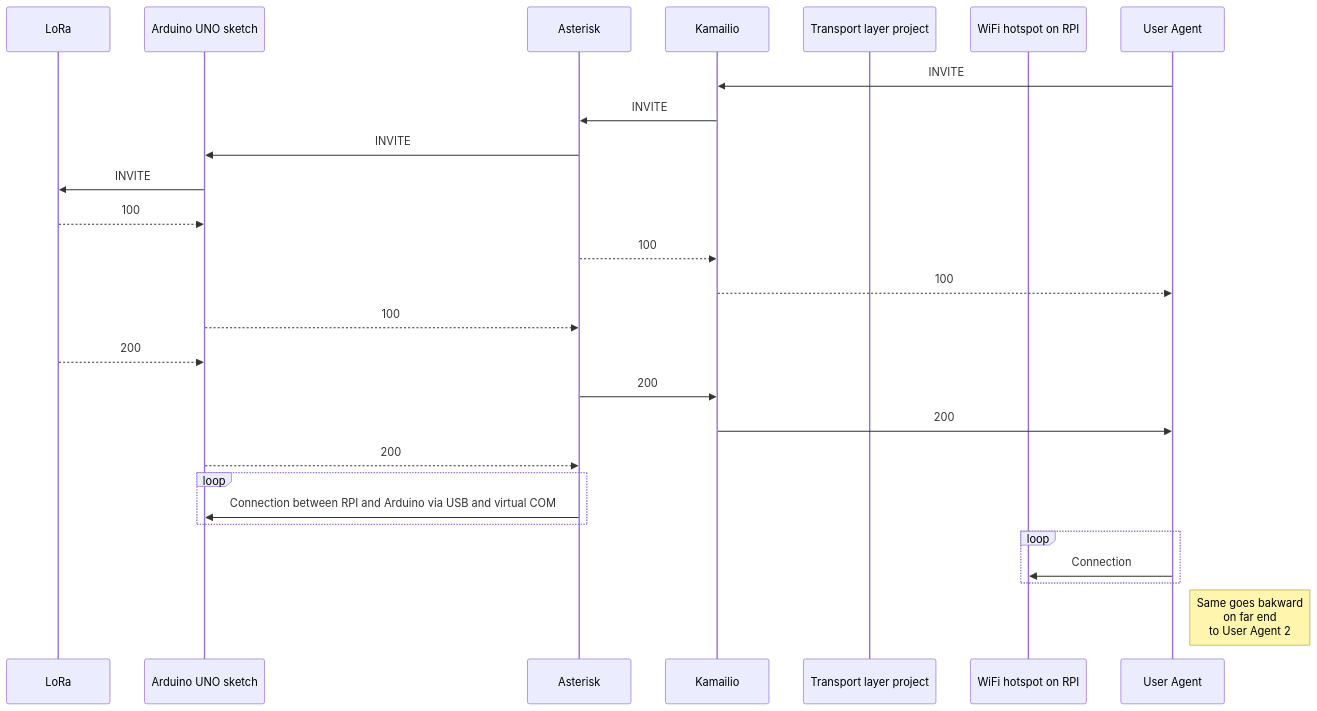
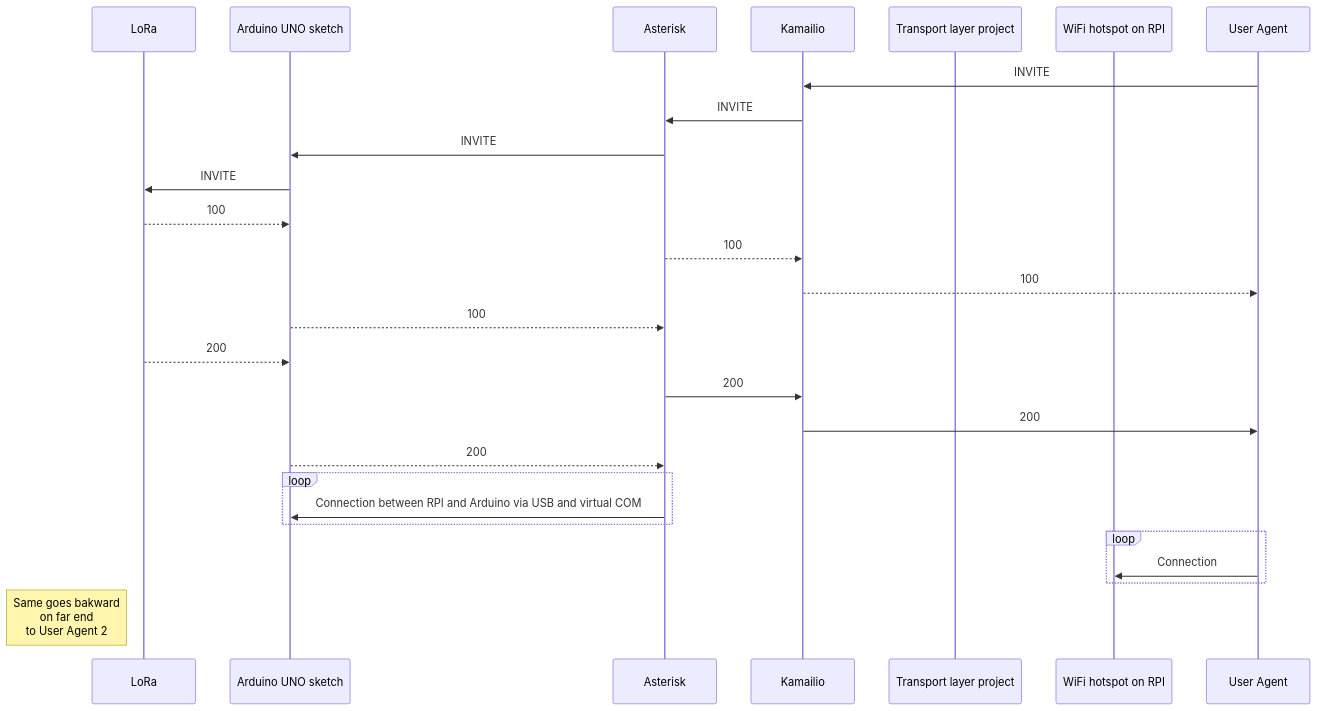
The second of 2 diagrams in README.md (akabihno/VoLoRa), drawn with Mermaid before and after one commit.

````diff
--- a/README.md
+++ b/README.md
@@ -51,35 +51,35 @@
 ```mermaid
 sequenceDiagram
     participant LoRa
     participant Arduino UNO sketch
     participant Asterisk
     participant Kamailio
     participant Transport layer project
     participant WiFi hotspot on RPI
     participant User Agent
     
     User Agent->>Kamailio: INVITE
     Kamailio->>Asterisk: INVITE
     Asterisk->>Arduino UNO sketch: INVITE
     Arduino UNO sketch->>LoRa: INVITE
     
     LoRa-->>Arduino UNO sketch: 100
     Asterisk-->>Kamailio: 100
     Kamailio-->>User Agent: 100
     Arduino UNO sketch-->>Asterisk: 100
     
     LoRa-->>Arduino UNO sketch: 200
     Asterisk->>Kamailio: 200
     Kamailio->>User Agent: 200
     Arduino UNO sketch-->>Asterisk: 200
     
     loop
         Asterisk->>Arduino UNO sketch: Connection between RPI and Arduino via USB and virtual COM
     end
     
     loop
         User Agent->>WiFi hotspot on RPI: Connection
     end
     
-    Note right of User Agent: Same goes bakward <br/>on far end <br/>to User Agent 2
+    Note left of LoRa: Same goes bakward <br/>on far end <br/>to User Agent 2
 ```
````
